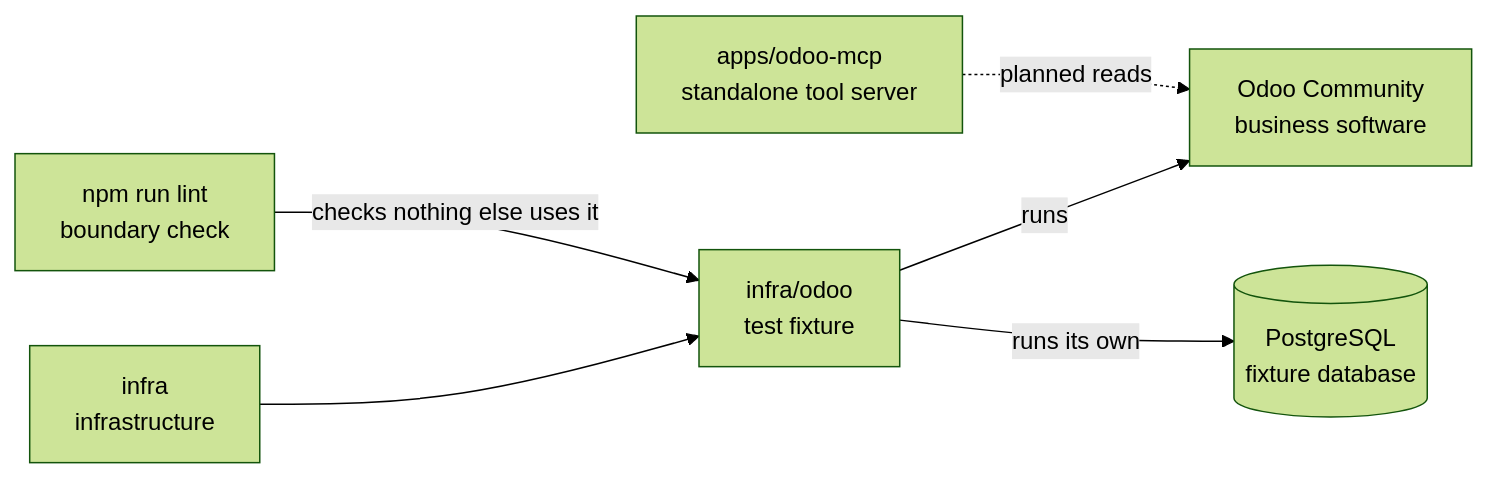
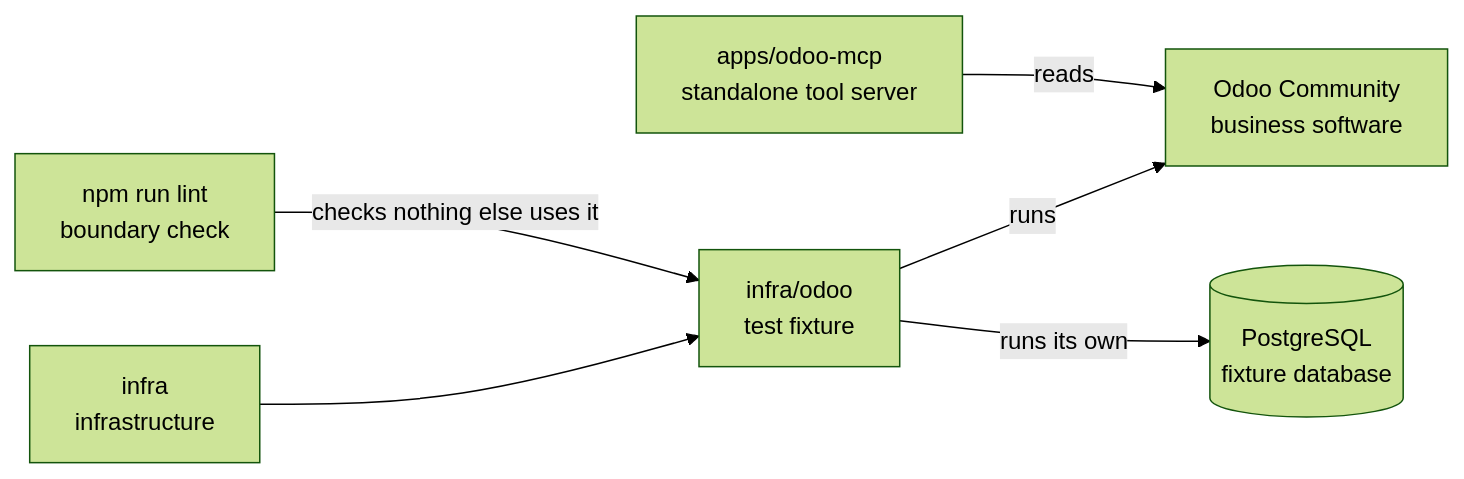
The diagram in infra/odoo/README.md (elewa-git/opencrane-new), drawn with Mermaid (forest theme) before and after one commit. The commit also changed other lines of this file and 9 other files, not shown here.

````diff
--- a/infra/odoo/README.md
+++ b/infra/odoo/README.md
@@ -15,8 +15,8 @@
 ```mermaid
 flowchart LR
   infra["infra<br/>infrastructure"] --> fixture["infra/odoo<br/>test fixture"]
   lint["npm run lint<br/>boundary check"] -->|checks nothing else uses it| fixture
   fixture -->|runs| odoo["Odoo Community<br/>business software"]
   fixture -->|runs its own| database[("PostgreSQL<br/>fixture database")]
-  adapter["apps/odoo-mcp<br/>standalone tool server"] -.->|planned reads| odoo
+  adapter["apps/odoo-mcp<br/>standalone tool server"] -->|reads| odoo
 ```
````
